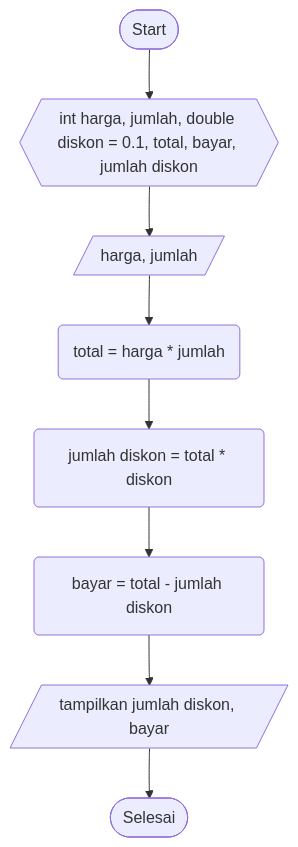
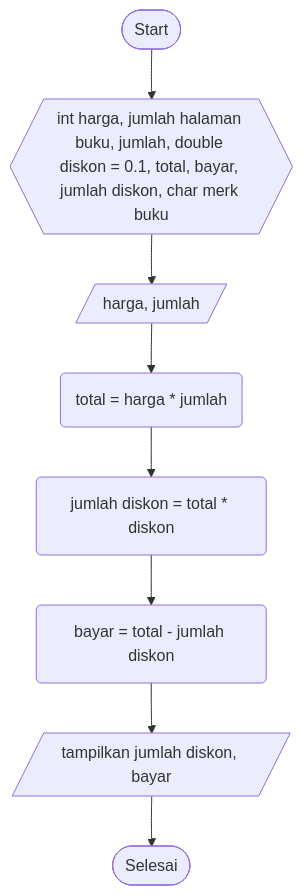
The diagram in justforfun3.md (SATRIODIANNUGROHO/Sample2.1), drawn with Mermaid before and after one commit.

````diff
--- a/justforfun3.md
+++ b/justforfun3.md
@@ -3,10 +3,10 @@
 ```mermaid
 graph TD;
-    A([Start])-->B{{int harga, jumlah, double diskon = 0.1, total, bayar, jumlah diskon}};
-    B{{int harga, jumlah, double diskon = 0.1, total, bayar, jumlah diskon}}-->C[/harga, jumlah/];
+    A([Start])-->B{{int harga, jumlah halaman buku, jumlah, double diskon = 0.1, total, bayar, jumlah diskon, char merk buku}};
+    B{{int harga, jumlah halaman buku, jumlah, double diskon = 0.1, total, bayar, jumlah diskon, char merk buku}}-->C[/harga, jumlah/];
     C[/harga, jumlah/]-->D(total = harga * jumlah);
     D(total = harga * jumlah)-->E(jumlah diskon = total * diskon);
     E(jumlah diskon = total * diskon)-->F(bayar = total - jumlah diskon);
     F(bayar = total - jumlah diskon)-->G[/tampilkan jumlah diskon, bayar/];
     G[/tampilkan jumlah diskon, bayar/]-->H([Selesai]);
 ```
````
